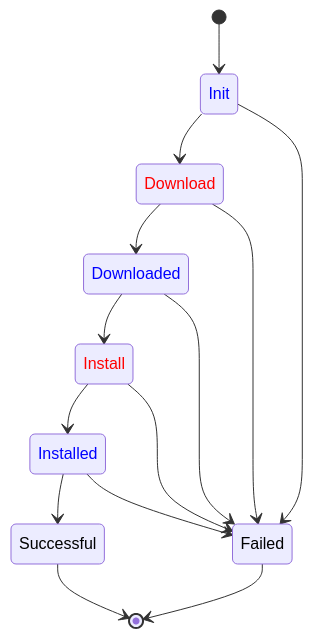
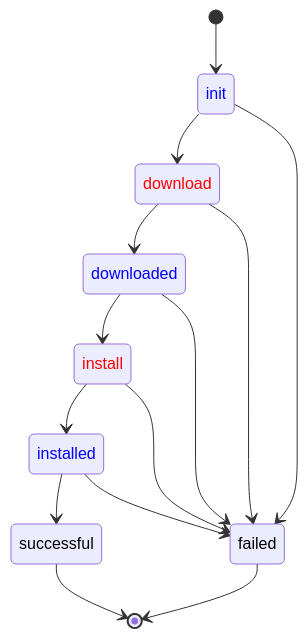
The diagram in docs/src/references/agent/operation-workflow.md (thin-edge/thin-edge.io), drawn with Mermaid before and after one commit. The commit also changed other lines of this file, not shown here.

````diff
--- a/docs/src/references/agent/operation-workflow.md
+++ b/docs/src/references/agent/operation-workflow.md
@@ -27,25 +31,25 @@
 ```mermaid
 stateDiagram-v2
-    [*] --> Init
-    Init --> Download
-    Download --> Downloaded
-    Downloaded --> Install
-    Install --> Installed
-    Installed --> Successful
-    Init --> Failed
-    Download --> Failed
-    Downloaded --> Failed
-    Install --> Failed
-    Installed --> Failed
-    Successful --> [*]
-    Failed --> [*]
+    [*] --> init
+    init --> download
+    download --> downloaded
+    downloaded --> install
+    install --> installed 
+    installed --> successful
+    init --> failed
+    download --> failed
+    downloaded --> failed
+    install --> failed
+    installed --> failed
+    successful --> [*]
+    failed --> [*]
     
     classDef specific color:blue;
-    class Init, Downloaded, Installed specific
+    class init, downloaded, installed specific
     
     classDef plugin color:red;
-    class Download, Install plugin
+    class download, install plugin
        
     classDef mapper color:black;
-    class Successful, Failed mapper
+    class successful, failed mapper
 ```
````
